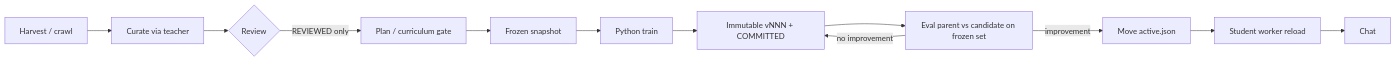
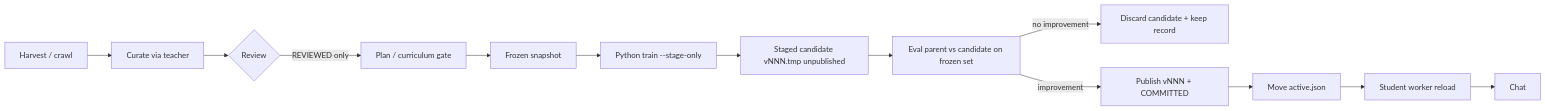
One commit to davejones74/SimpleMindsAI changed the diagram in docs/ARCHITECTURE.md. Above: the diagram before and after it, drawn with Mermaid. The commit also changed other lines of this file and 16 other files, not shown here.

````diff
--- a/docs/ARCHITECTURE.md
+++ b/docs/ARCHITECTURE.md
@@ -146,14 +146,15 @@
 ```mermaid
 flowchart LR
   A[Harvest / crawl] --> B[Curate via teacher]
   B --> C{Review}
   C -->|REVIEWED only| D[Plan / curriculum gate]
   D --> E[Frozen snapshot]
-  E --> F[Python train]
-  F --> G[Immutable vNNN + COMMITTED]
+  E --> F[Python train --stage-only]
+  F --> G[Staged candidate vNNN.tmp unpublished]
   G --> H[Eval parent vs candidate on frozen set]
-  H -->|improvement| I[Move active.json]
-  H -->|no improvement| G
+  H -->|no improvement| X[Discard candidate + keep record]
+  H -->|improvement| P[Publish vNNN + COMMITTED]
+  P --> I[Move active.json]
   I --> J[Student worker reload]
   J --> K[Chat]
 ```
````
